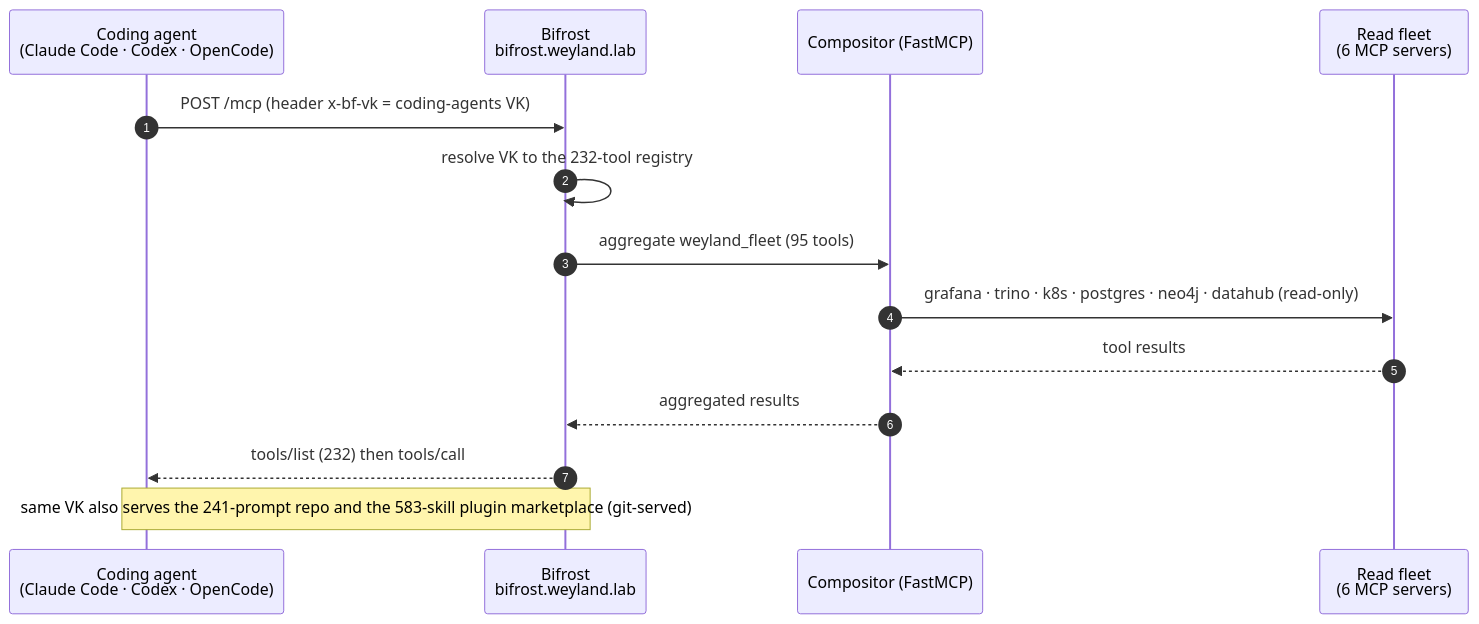
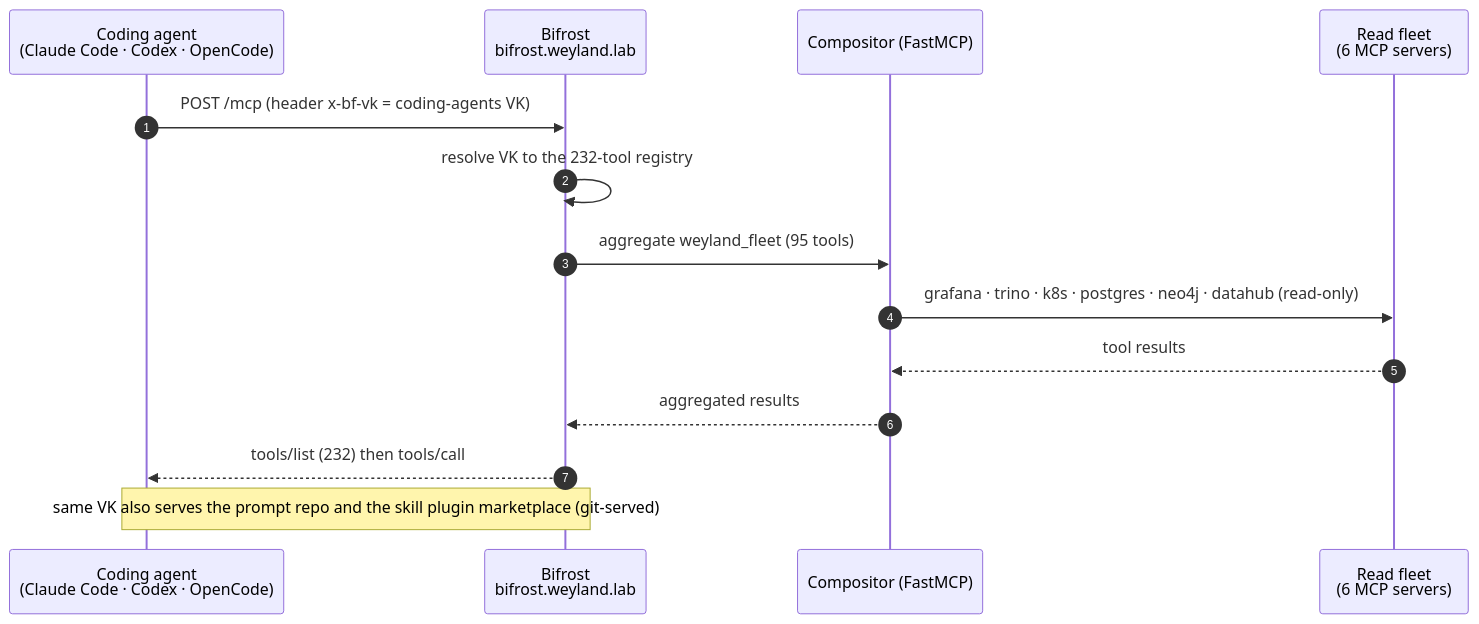
The first of 2 diagrams in docs/diagrams/flow-bifrost.md (edtbl76/weyland-lab), drawn with Mermaid before and after one commit. The commit also changed other lines of this file and 74 other files, not shown here.

````diff
--- a/docs/diagrams/flow-bifrost.md
+++ b/docs/diagrams/flow-bifrost.md
@@ -7,16 +7,16 @@
 ```mermaid
 sequenceDiagram
     autonumber
     participant A as Coding agent<br/>(Claude Code · Codex · OpenCode)
     participant B as Bifrost<br/>bifrost.weyland.lab
     participant C as Compositor (FastMCP)
     participant F as Read fleet<br/>(6 MCP servers)
     A->>B: POST /mcp (header x-bf-vk = coding-agents VK)
     B->>B: resolve VK to the 232-tool registry
     B->>C: aggregate weyland_fleet (95 tools)
     C->>F: grafana · trino · k8s · postgres · neo4j · datahub (read-only)
     F-->>C: tool results
     C-->>B: aggregated results
     B-->>A: tools/list (232) then tools/call
-    Note over A,B: same VK also serves the 241-prompt repo and the 583-skill plugin marketplace (git-served)
+    Note over A,B: same VK also serves the prompt repo and the skill plugin marketplace (git-served)
 ```
````
